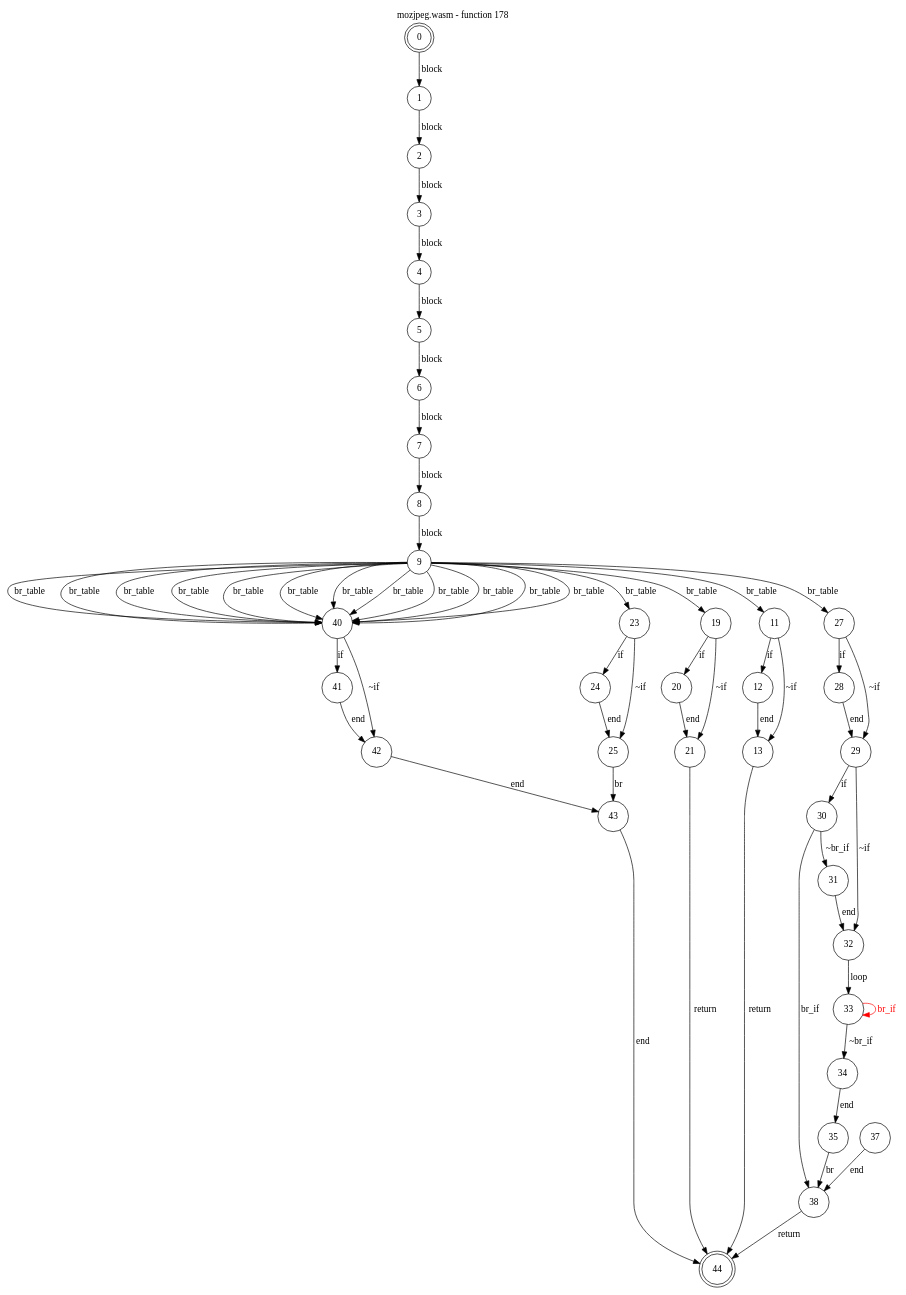
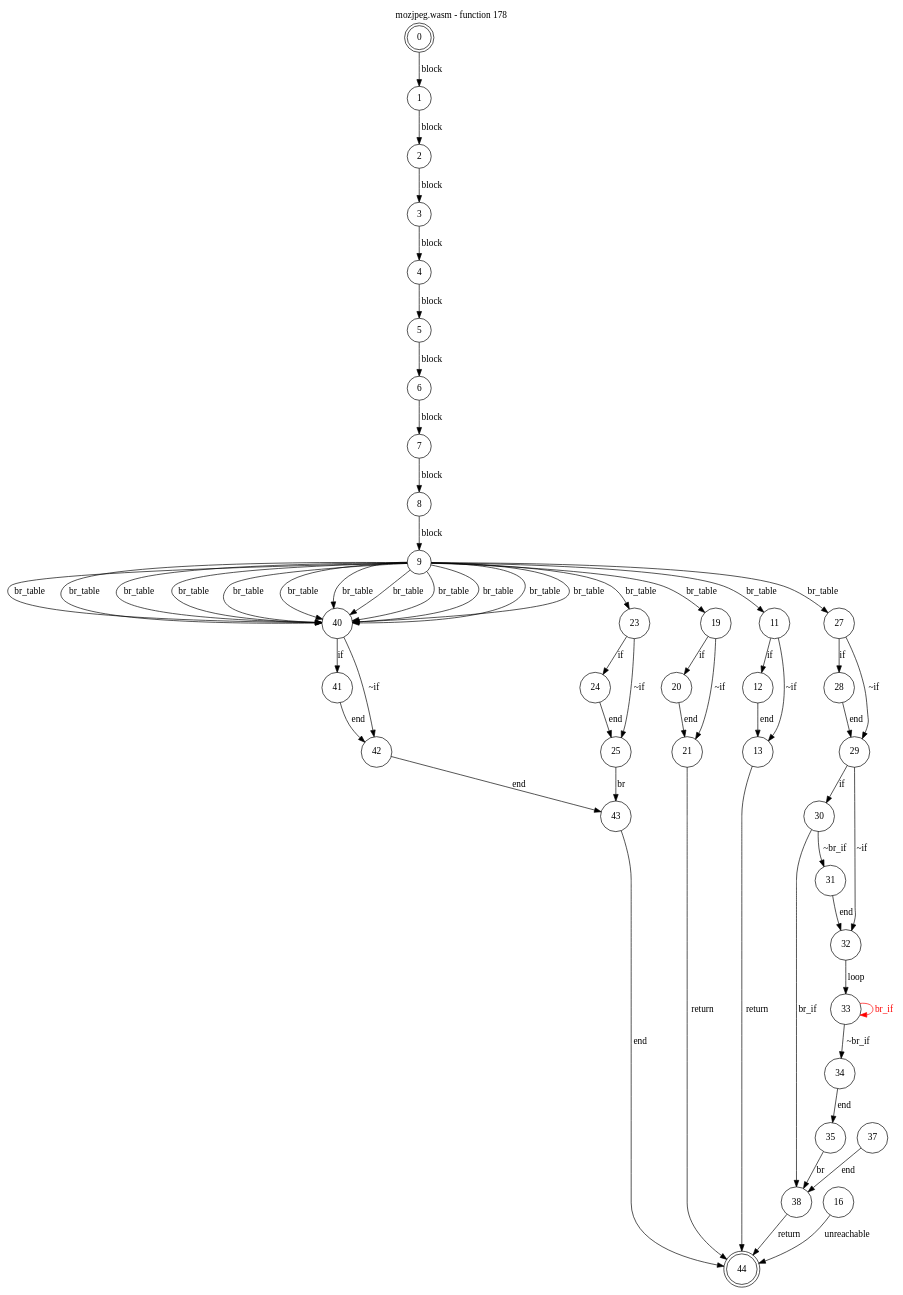
Before and after one commit to jsCarleton/wanalyze: the diagram in test_cases/mozjpeg/funcs/mozjpeg-func178.dot, drawn with Graphviz. The commit also changed 1054 other files, not shown here.

```diff
--- a/test_cases/mozjpeg/funcs/mozjpeg-func178.dot
+++ b/test_cases/mozjpeg/funcs/mozjpeg-func178.dot
@@ -1,66 +1,67 @@
 digraph finite_state_machine {
     label = "mozjpeg.wasm - function 178"
     labelloc =  t
     labelfontsize = 16
     labelfontcolor = black
     labelfontname = "Helvetica"
     node [shape = doublecircle]; 0 44;
     node [shape = circle];
     0 -> 1[label="block"];
     1 -> 2[label="block"];
     2 -> 3[label="block"];
     3 -> 4[label="block"];
     4 -> 5[label="block"];
     5 -> 6[label="block"];
     6 -> 7[label="block"];
     7 -> 8[label="block"];
     8 -> 9[label="block"];
     9 -> 40[label="br_table"];
     9 -> 40[label="br_table"];
     9 -> 40[label="br_table"];
     9 -> 40[label="br_table"];
     9 -> 40[label="br_table"];
     9 -> 40[label="br_table"];
     9 -> 40[label="br_table"];
     9 -> 40[label="br_table"];
     9 -> 40[label="br_table"];
     9 -> 40[label="br_table"];
     9 -> 23[label="br_table"];
     9 -> 19[label="br_table"];
     9 -> 40[label="br_table"];
     9 -> 40[label="br_table"];
     9 -> 11[label="br_table"];
     9 -> 27[label="br_table"];
     11 -> 12[label="if"];
     11 -> 13[label="~if"];
     12 -> 13[label="end"];
     13 -> 44[label="return"];
+    16 -> 44[label="unreachable"];
     19 -> 20[label="if"];
     19 -> 21[label="~if"];
     20 -> 21[label="end"];
     21 -> 44[label="return"];
     23 -> 24[label="if"];
     23 -> 25[label="~if"];
     24 -> 25[label="end"];
     25 -> 43[label="br"];
     27 -> 28[label="if"];
     27 -> 29[label="~if"];
     28 -> 29[label="end"];
     29 -> 30[label="if"];
     29 -> 32[label="~if"];
     30 -> 31[label="~br_if"];
     30 -> 38[label="br_if"];
     31 -> 32[label="end"];
     32 -> 33[label="loop"];
     33 -> 34[label="~br_if"];
     33 -> 33[color="red" fontcolor="red" label="br_if"];
     34 -> 35[label="end"];
     35 -> 38[label="br"];
     37 -> 38[label="end"];
     38 -> 44[label="return"];
     40 -> 41[label="if"];
     40 -> 42[label="~if"];
     41 -> 42[label="end"];
     42 -> 43[label="end"];
     43 -> 44[label="end"];
 }
```
